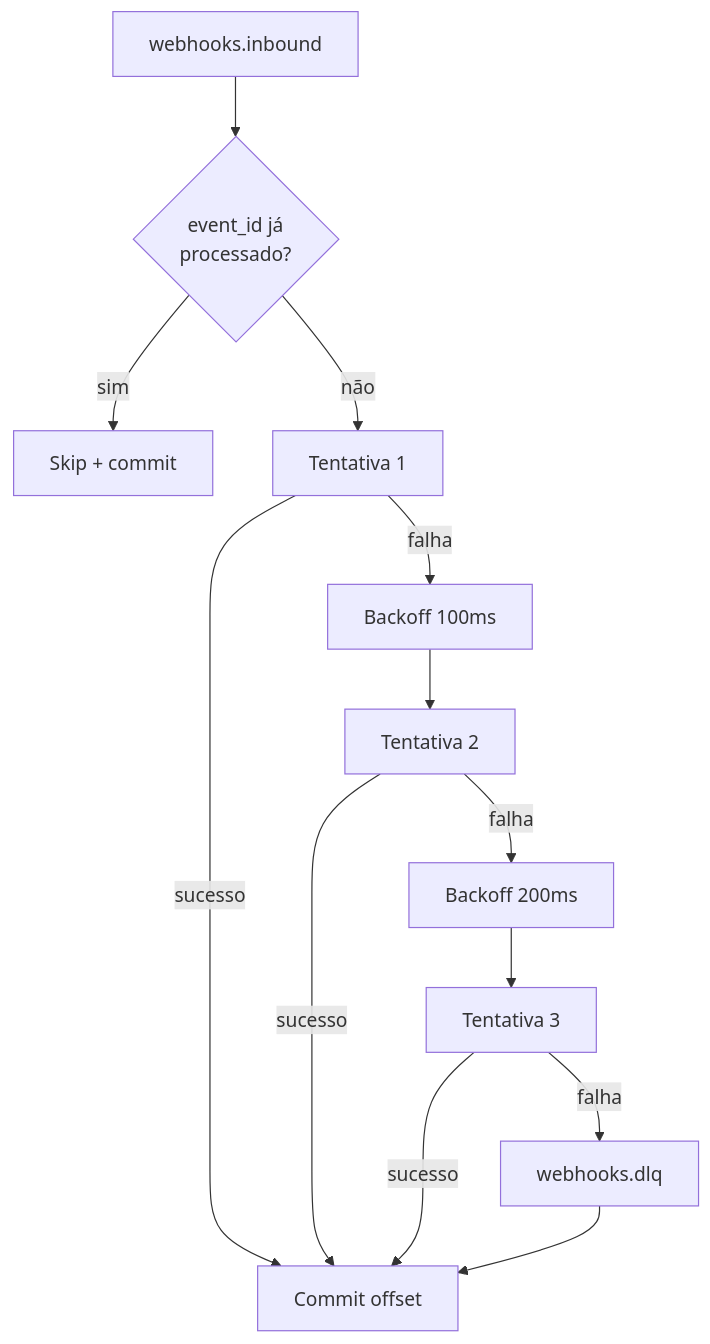
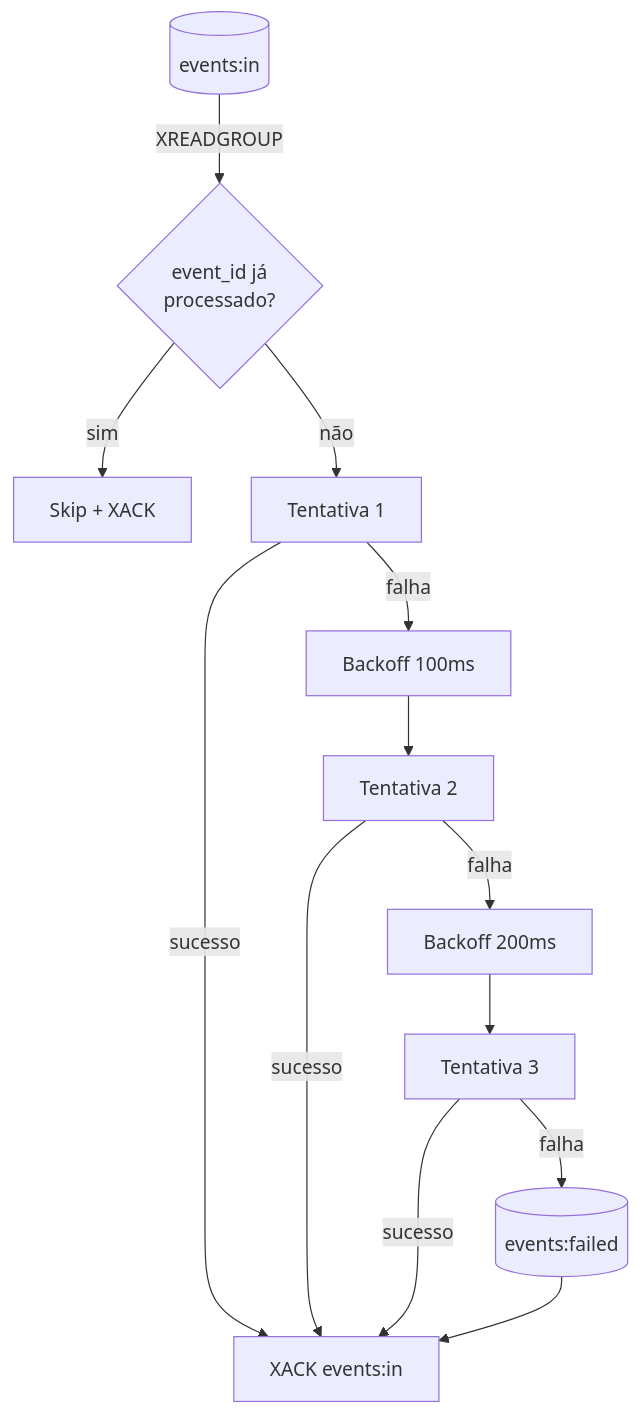
Before and after one commit to gbiumdonadon/easyhooks: the diagram in docs/docs/errors/retentativas-dlq.md, drawn with Mermaid. The commit also changed other lines of this file and 66 other files, not shown here.

````diff
--- a/docs/docs/errors/retentativas-dlq.md
+++ b/docs/docs/errors/retentativas-dlq.md
@@ -12,15 +14,15 @@
 ```mermaid
 flowchart TD
-    K[webhooks.inbound] --> Lock{event_id já<br/>processado?}
-    Lock -- sim --> Skip[Skip + commit]
+    S[("events:in")] -->|XREADGROUP| Lock{event_id já<br/>processado?}
+    Lock -- sim --> Skip[Skip + XACK]
     Lock -- não --> Try[Tentativa 1]
-    Try -->|sucesso| Done[Commit offset]
+    Try -->|sucesso| Done[XACK events:in]
     Try -->|falha| B1[Backoff 100ms]
     B1 --> Try2[Tentativa 2]
     Try2 -->|sucesso| Done
     Try2 -->|falha| B2[Backoff 200ms]
     B2 --> Try3[Tentativa 3]
     Try3 -->|sucesso| Done
-    Try3 -->|falha| DLQ[webhooks.dlq]
+    Try3 -->|falha| DLQ[("events:failed")]
     DLQ --> Done
 ```
````
